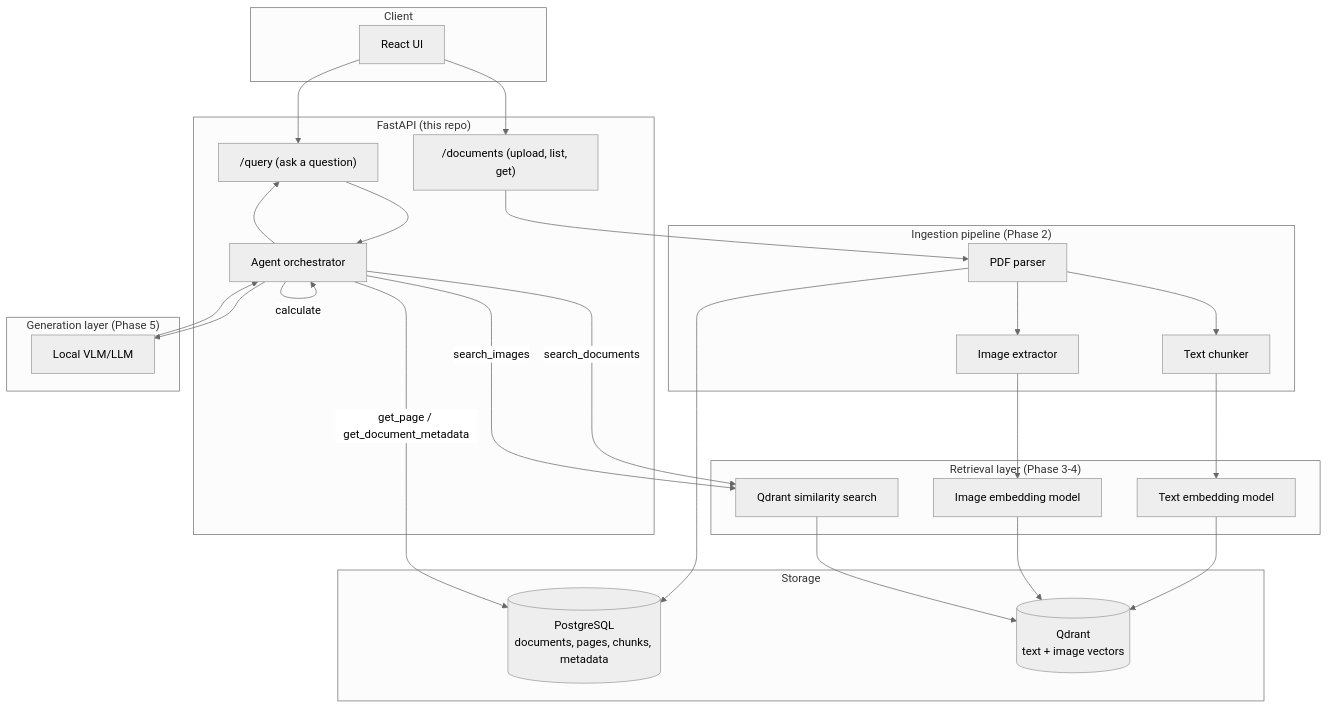
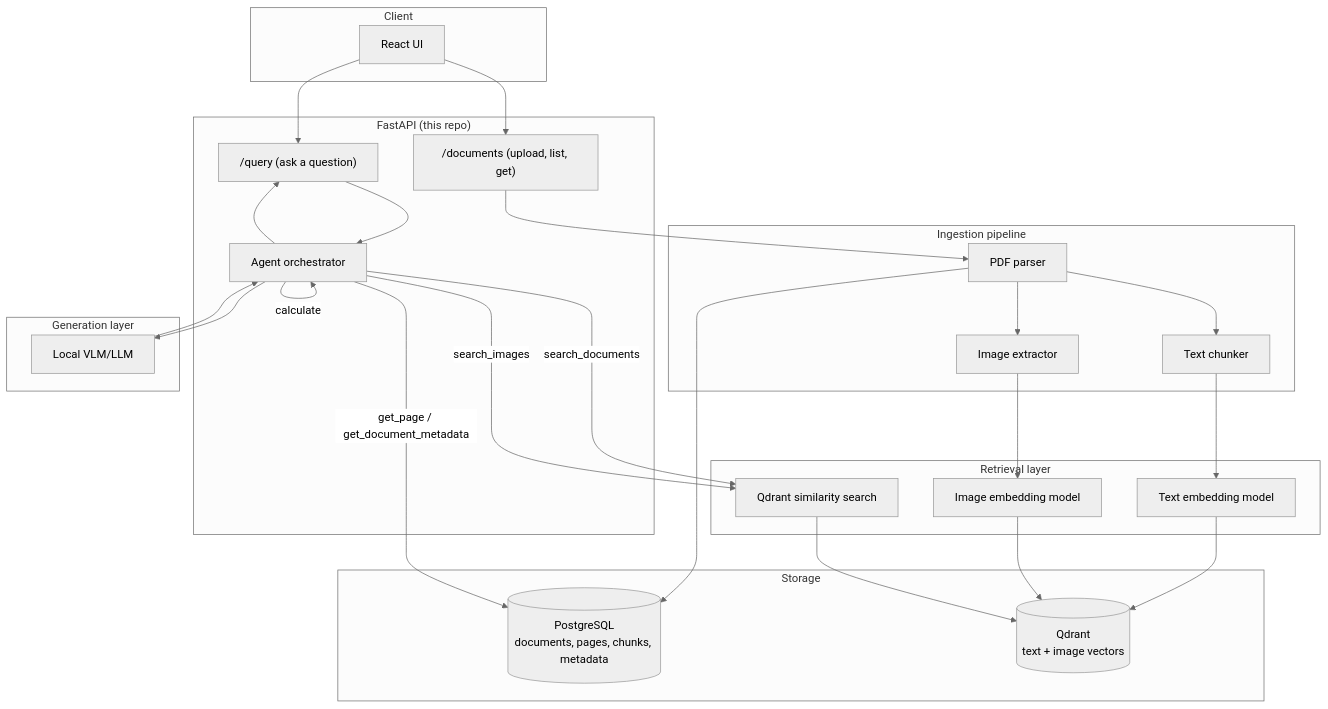
One commit to alirzglshn/industrial-ai-copilot changed the diagram in ARCHITECTURE.md. Above: the diagram before and after it, drawn with Mermaid (neutral theme). The commit also changed other lines of this file and 1 other file, not shown here.

Commit message:
modified readme and architecture.md

````diff
--- a/ARCHITECTURE.md
+++ b/ARCHITECTURE.md
@@ -71,51 +69,51 @@
 ```mermaid
 flowchart TD
     subgraph Client
         UI[React UI]
     end
 
     subgraph API["FastAPI (this repo)"]
         Upload["/documents (upload, list, get)"]
         Query["/query (ask a question)"]
         Agent["Agent orchestrator"]
     end
 
-    subgraph Ingestion["Ingestion pipeline (Phase 2)"]
+    subgraph Ingestion["Ingestion pipeline"]
         Parser[PDF parser]
         Chunker[Text chunker]
         ImgExtract[Image extractor]
     end
 
-    subgraph Retrieval["Retrieval layer (Phase 3-4)"]
+    subgraph Retrieval["Retrieval layer"]
         TextEmbed[Text embedding model]
         ImgEmbed[Image embedding model]
         VectorSearch[Qdrant similarity search]
     end
 
-    subgraph Generation["Generation layer (Phase 5)"]
+    subgraph Generation["Generation layer"]
         VLM[Local VLM/LLM]
     end
 
     subgraph Storage
         Postgres[(PostgreSQL\ndocuments, pages, chunks, metadata)]
         Qdrant[(Qdrant\ntext + image vectors)]
     end
 
     UI --> Upload
     UI --> Query
     Upload --> Parser --> Chunker --> TextEmbed
     Parser --> ImgExtract --> ImgEmbed
     TextEmbed --> Qdrant
     ImgEmbed --> Qdrant
     Parser --> Postgres
 
     Query --> Agent
     Agent -- search_documents --> VectorSearch
     Agent -- search_images --> VectorSearch
     Agent -- get_page / get_document_metadata --> Postgres
     Agent -- calculate --> Agent
     VectorSearch --> Qdrant
     Agent --> VLM
     VLM --> Agent
     Agent --> Query
 ```
````
